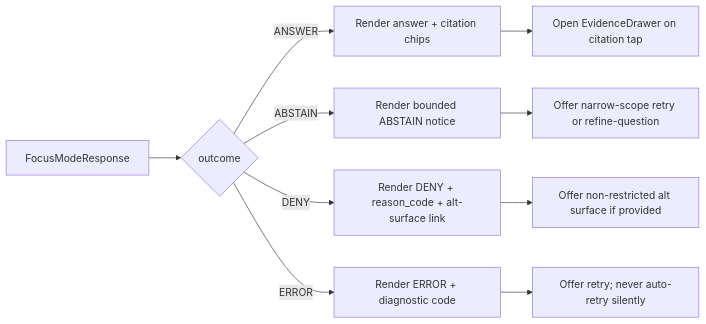
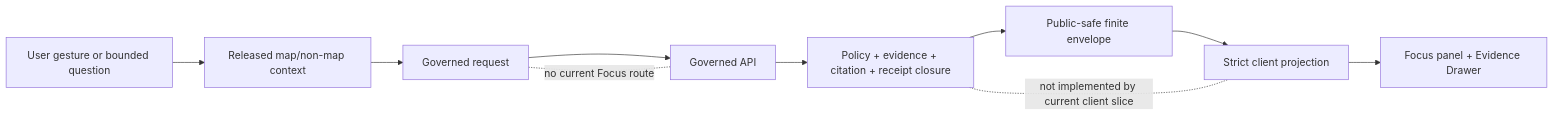
The second of 2 diagrams in docs/architecture/ui/FOCUS_FLOW.md (bartytime4life/Kansas-Frontier-Matrix), drawn with Mermaid before and after one commit. The commit also changed other lines of this file, not shown here.

Commit message:
docs(architecture): ground UI Focus flow boundary

````diff
--- a/docs/architecture/ui/FOCUS_FLOW.md
+++ b/docs/architecture/ui/FOCUS_FLOW.md
@@ -271,12 +329,15 @@
 ```mermaid
 flowchart LR
-    A[FocusModeResponse] --> B{outcome}
-    B -- ANSWER --> C[Render answer + citation chips]
-    B -- ABSTAIN --> D[Render bounded ABSTAIN notice]
-    B -- DENY --> E[Render DENY + reason_code + alt-surface link]
-    B -- ERROR --> F[Render ERROR + diagnostic code]
-    C --> G[Open EvidenceDrawer on citation tap]
-    D --> H[Offer narrow-scope retry or refine-question]
-    E --> I[Offer non-restricted alt surface if provided]
-    F --> J[Offer retry; never auto-retry silently]
+    U[User gesture or bounded question]
+    C[Released map/non-map context]
+    Q[Governed request]
+    API[Governed API]
+    PE[Policy + evidence + citation + receipt closure]
+    E[Public-safe finite envelope]
+    CP[Strict client projection]
+    UI[Focus panel + Evidence Drawer]
+
+    U --> C --> Q --> API --> PE --> E --> CP --> UI
+    API -. no current Focus route .- Q
+    PE -. not implemented by current client slice .- CP
 ```
````
